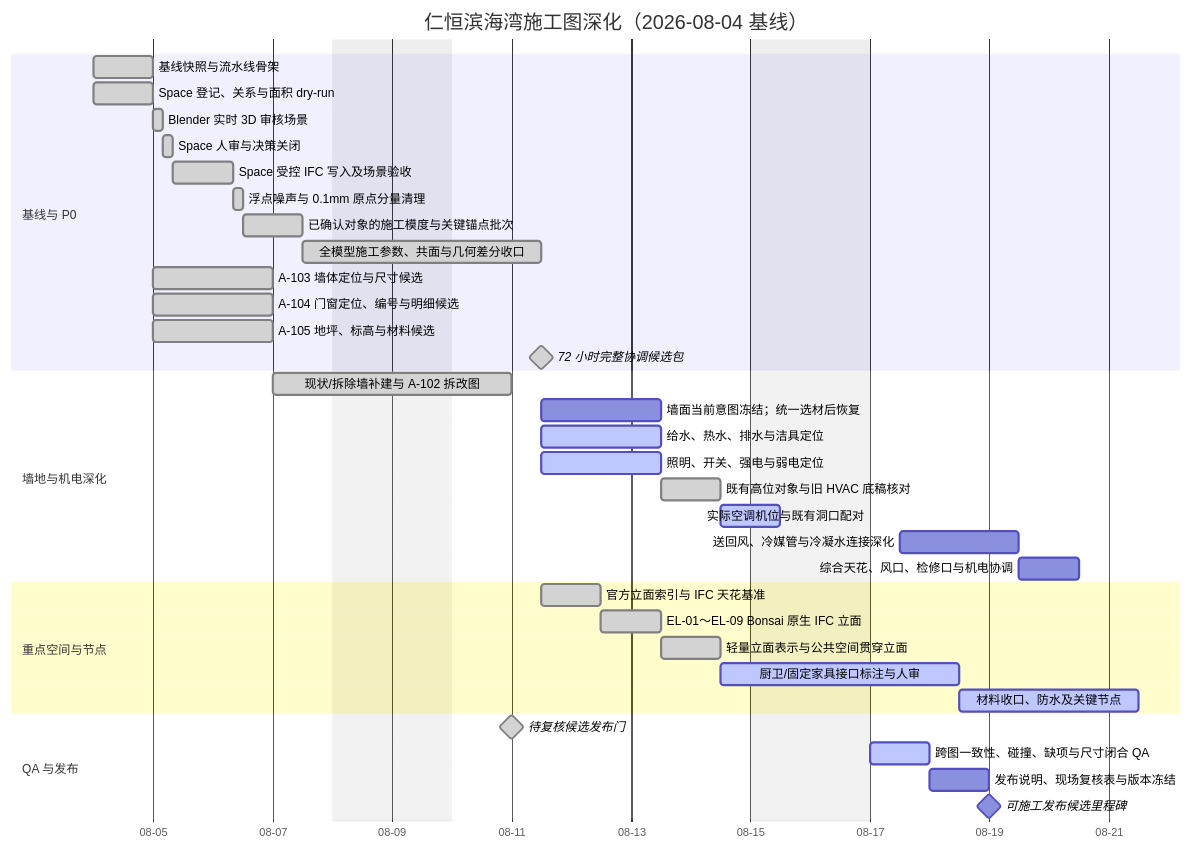
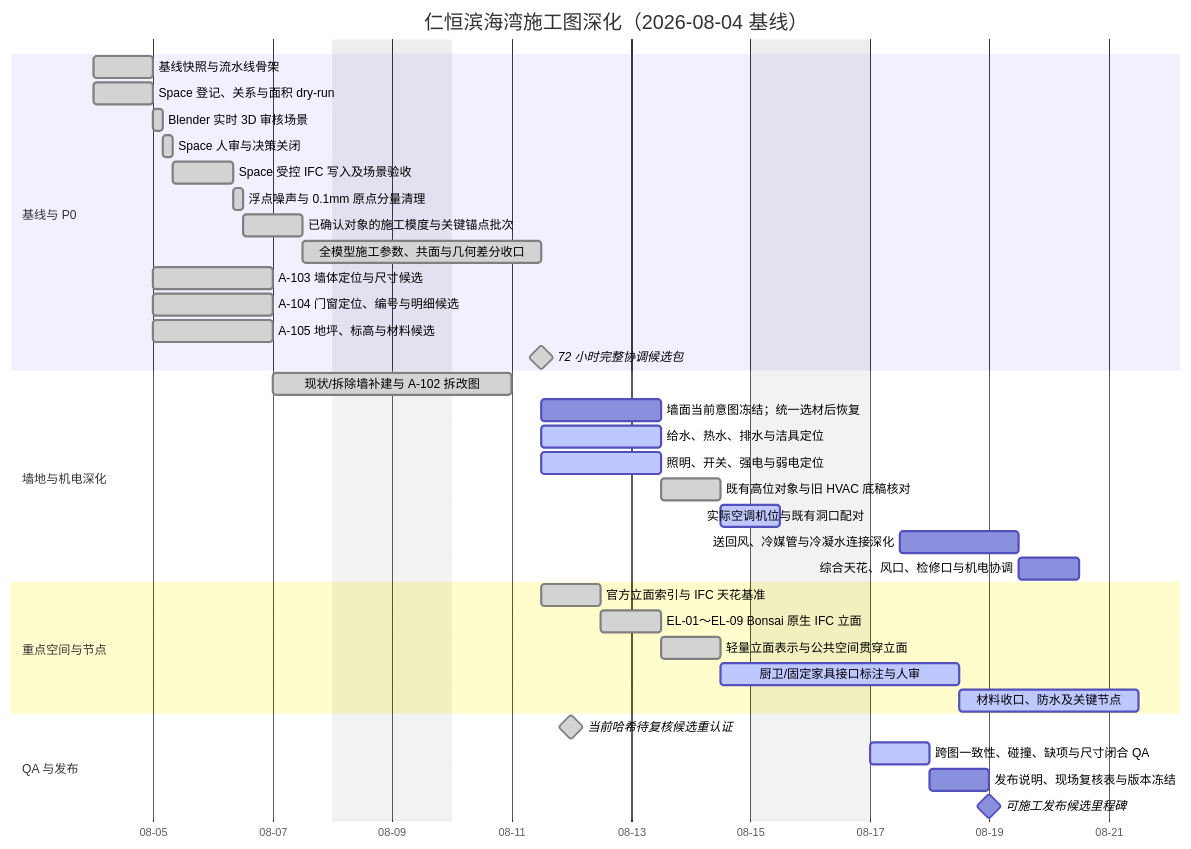
Before and after one commit to Weihan96/2504-GBTB-Yanlord-Zhuhai: the diagram in drawings/滨海湾装修施工图深化工作管理.md, drawn with Mermaid. The commit also changed other lines of this file and 63 other files, not shown here.

First line of the commit message:
重认证当前 IFC 图纸并补齐设备证据

````diff
--- a/drawings/滨海湾装修施工图深化工作管理.md
+++ b/drawings/滨海湾装修施工图深化工作管理.md
@@ -78,44 +80,44 @@
 ```mermaid
 gantt
     title 仁恒滨海湾施工图深化（2026-08-04 基线）
     dateFormat  YYYY-MM-DD
     axisFormat  %m-%d
     excludes    weekends
 
     section 基线与 P0
     基线快照与流水线骨架                 :done, M000, 2026-08-04, 1d
     Space 登记、关系与面积 dry-run       :done, S001, 2026-08-04, 1d
     Blender 实时 3D 审核场景              :done, S002A, after S001, 4h
     Space 人审与决策关闭                 :done, S002, after S002A, 4h
     Space 受控 IFC 写入及场景验收         :done, S003, after S002, 1d
     浮点噪声与 0.1mm 原点分量清理          :done, C001, after S003, 4h
     已确认对象的施工模度与关键锚点批次       :done, C002, after C001, 1d
     全模型施工参数、共面与几何差分收口       :done, C003, after C002, 2d
     A-103 墙体定位与尺寸候选              :done, A103, after S001, 2d
     A-104 门窗定位、编号与明细候选         :done, A104, after S001, 2d
     A-105 地坪、标高与材料候选             :done, A105, after S001, 2d
     72 小时完整协调候选包                 :milestone, done, M072, after C003 A103 A104 A105, 0d
 
     section 墙地与机电深化
     现状/拆除墙补建与 A-102 拆改图         :done, A102, after A103, 2d
     墙面当前意图冻结；统一选材后恢复         :WFIN, after M072, 2d
     给水、热水、排水与洁具定位             :active, PLUM, after M072, 2d
     照明、开关、强电与弱电定位             :active, ELEC, after M072, 2d
     既有高位对象与旧 HVAC 底稿核对          :done, RCP1A, after ELEC, 1d
     实际空调机位与既有洞口配对              :active, RCP1B, after RCP1A, 1d
     送回风、冷媒管与冷凝水连接深化           :RCP1C, after RCP1B, 2d
     综合天花、风口、检修口与机电协调        :RCP1, after RCP1C, 1d
 
     section 重点空间与节点
     官方立面索引与 IFC 天花基准             :done, INT1A, after M072, 1d
     EL-01～EL-09 Bonsai 原生 IFC 立面       :done, INT1B, after INT1A, 1d
     轻量立面表示与公共空间贯穿立面            :done, INT1B2, after INT1B, 1d
     厨卫/固定家具接口标注与人审             :active, INT1C, after INT1B2, 2d
     材料收口、防水及关键节点               :active, DET1, after INT1C, 3d
 
     section QA 与发布
-    待复核候选发布门                       :milestone, done, MREV, 2026-08-11, 0d
+    当前哈希待复核候选重认证                :milestone, done, MREV, 2026-08-12, 0d
     跨图一致性、碰撞、缺项与尺寸闭合 QA     :active, QA01, 2026-08-17, 1d
     发布说明、现场复核表与版本冻结           :REL1, 2026-08-18, 1d
     可施工发布候选里程碑                   :milestone, MREL, 2026-08-19, 0d
 ```
````
